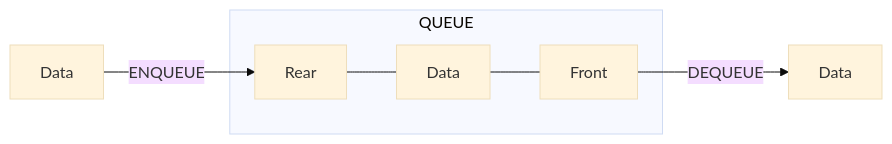
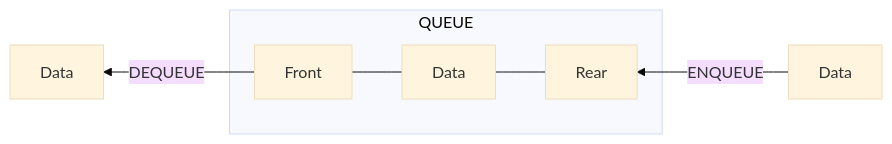
One commit to sungjin-dev/sungjin-dev.github.io changed the fifth of 25 diagrams in _posts/2026-07-19-eip-data-structure-study-1.md. Above: the diagram before and after it, drawn with Mermaid (base theme).

````diff
--- a/_posts/2026-07-19-eip-data-structure-study-1.md
+++ b/_posts/2026-07-19-eip-data-structure-study-1.md
@@ -144,8 +144,8 @@
 ```mermaid
-graph LR
+graph RL
     IN[Data] -- ENQUEUE --> R[Rear]
     subgraph QUEUE
         R --- M[Data] --- F[Front]
     end
     F -- DEQUEUE --> OUT[Data]
 ```
````
